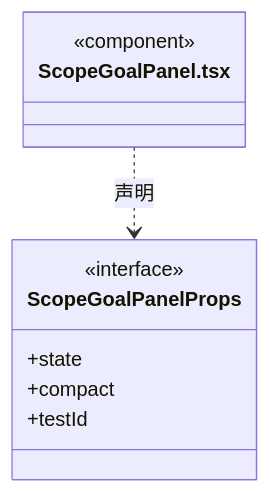
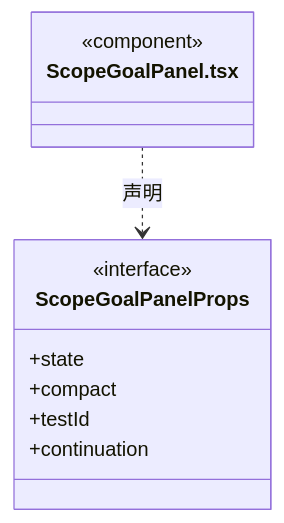
Before and after one commit to nan023062/cbim: diagram 22 of 38 in src/frontend/tasks/ARCHITECTURE.md, drawn with Mermaid. The commit also changed other lines of this file and 60 other files, not shown here.

````diff
--- a/src/frontend/tasks/ARCHITECTURE.md
+++ b/src/frontend/tasks/ARCHITECTURE.md
@@ -325,13 +454,14 @@
 ```mermaid
 classDiagram
 class N_src_frontend_tasks_ScopeGoalPanel_tsx["ScopeGoalPanel.tsx"] {
   <<component>>
 }
 class N_src_frontend_tasks_ScopeGoalPanel_tsx_ScopeGoalPanelProps["ScopeGoalPanelProps"] {
   <<interface>>
   +state
   +compact
   +testId
+  +continuation
 }
 N_src_frontend_tasks_ScopeGoalPanel_tsx ..> N_src_frontend_tasks_ScopeGoalPanel_tsx_ScopeGoalPanelProps : 声明
 ```
````
